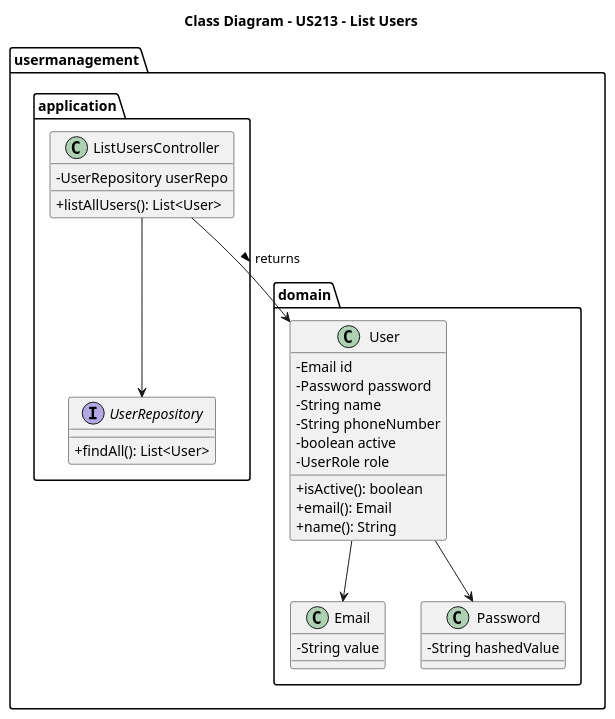
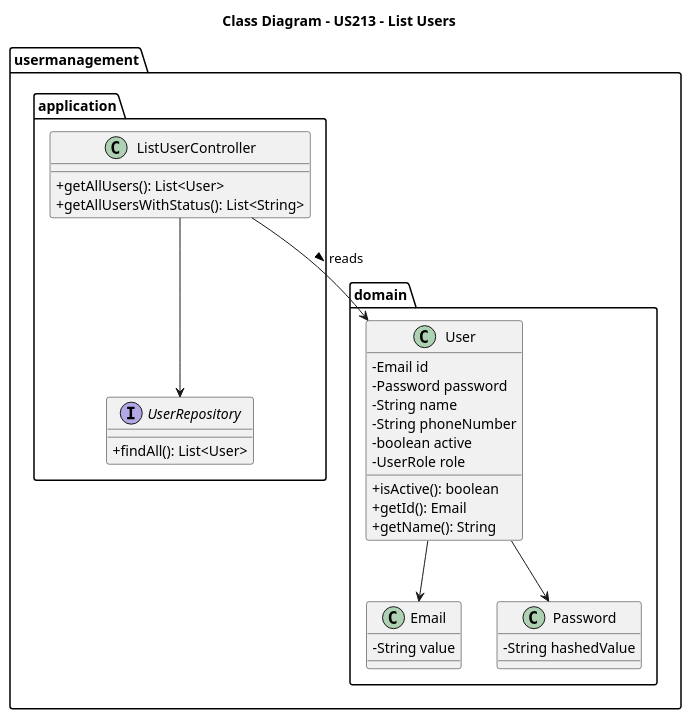
The diagram in docs/planning/sprint2/EAPLI/US213 - List Users/03.design/puml/class_diagram.puml (SAEmanuel/Shodrone_ISEP), drawn with PlantUML before and after one commit. The commit also changed 9 other files, not shown here.

```diff
--- a/docs/planning/sprint2/EAPLI/US213 - List Users/03.design/puml/class_diagram.puml
+++ b/docs/planning/sprint2/EAPLI/US213 - List Users/03.design/puml/class_diagram.puml
@@ -1,44 +1,44 @@
 @startuml
 skinparam classAttributeIconSize 0
 
 title Class Diagram - US213 - List Users
 
 package "usermanagement.domain" {
     class User {
         - Email id
         - Password password
         - String name
         - String phoneNumber
         - boolean active
         - UserRole role
         + isActive(): boolean
-        + email(): Email
-        + name(): String
+        + getId(): Email
+        + getName(): String
     }
 
     class Email {
         - String value
     }
 
     class Password {
         - String hashedValue
     }
 
     User --> Email
     User --> Password
 }
 
 package "usermanagement.application" {
-    class ListUsersController {
-        - UserRepository userRepo
-        + listAllUsers(): List<User>
+    class ListUserController {
+        + getAllUsers(): List<User>
+        + getAllUsersWithStatus(): List<String>
     }
 
     interface UserRepository {
         + findAll(): List<User>
     }
 }
 
-ListUsersController --> UserRepository
-ListUsersController --> User : returns >
+ListUserController --> UserRepository
+ListUserController --> User : reads >
 @enduml
```
